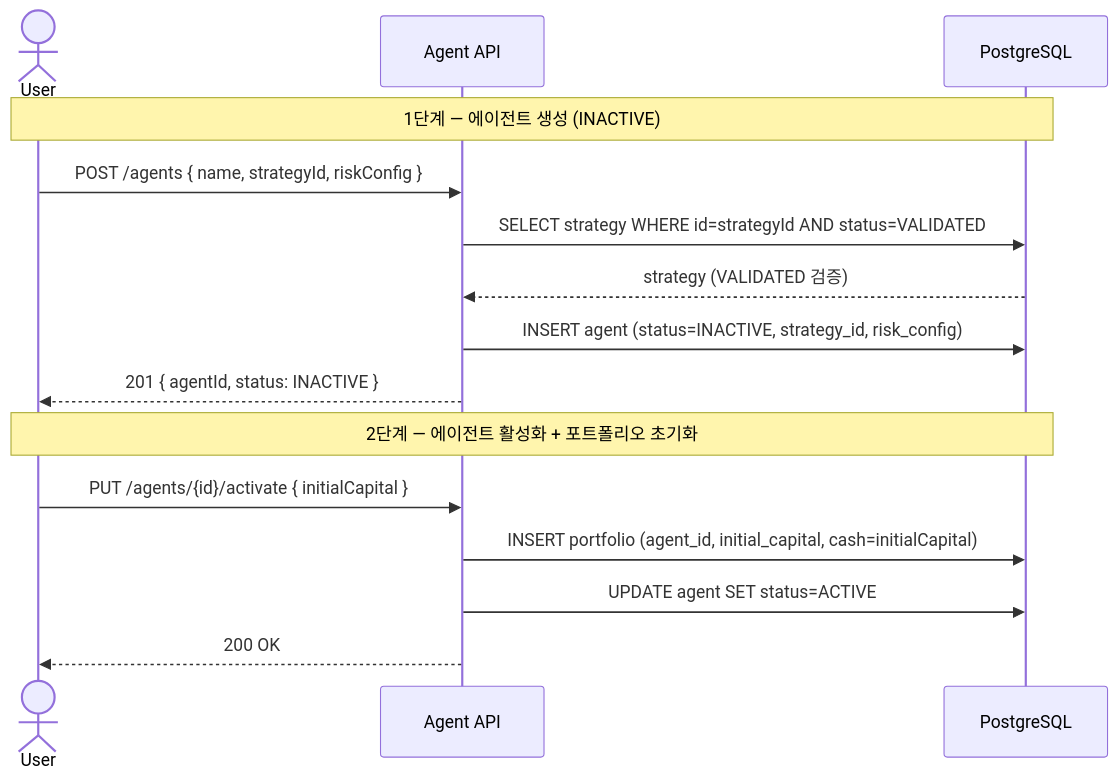
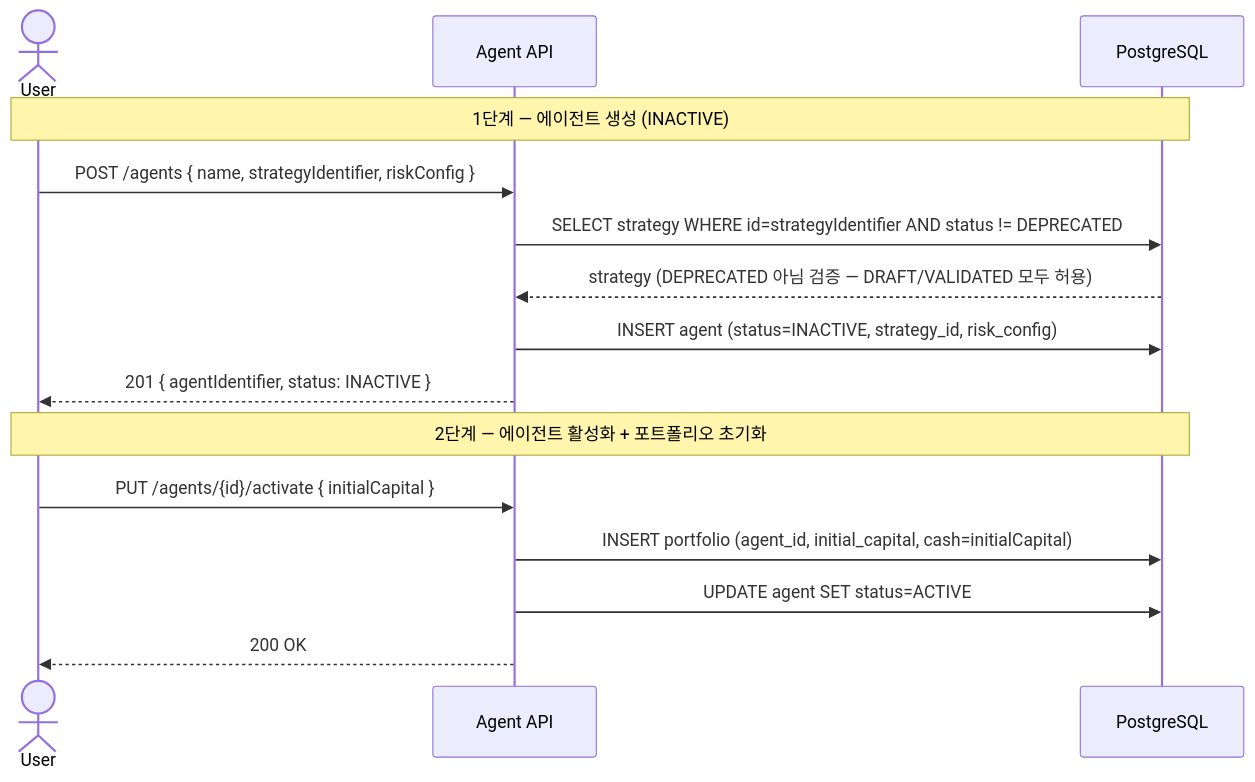
The second of 6 diagrams in backend/agent/sequence-diagram.md (Trade-Pilot/.github), drawn with Mermaid before and after one commit. The commit also changed other lines of this file and 17 other files, not shown here.

````diff
--- a/backend/agent/sequence-diagram.md
+++ b/backend/agent/sequence-diagram.md
@@ -27,19 +27,19 @@
 ```mermaid
 sequenceDiagram
     actor User
     participant API as Agent API
     participant DB  as PostgreSQL
 
     Note over User, DB: 1단계 — 에이전트 생성 (INACTIVE)
-    User ->> API: POST /agents { name, strategyId, riskConfig }
-    API  ->> DB:  SELECT strategy WHERE id=strategyId AND status=VALIDATED
-    DB  -->> API: strategy (VALIDATED 검증)
+    User ->> API: POST /agents { name, strategyIdentifier, riskConfig }
+    API  ->> DB:  SELECT strategy WHERE id=strategyIdentifier AND status != DEPRECATED
+    DB  -->> API: strategy (DEPRECATED 아님 검증 — DRAFT/VALIDATED 모두 허용)
     API  ->> DB:  INSERT agent (status=INACTIVE, strategy_id, risk_config)
-    API -->> User: 201 { agentId, status: INACTIVE }
+    API -->> User: 201 { agentIdentifier, status: INACTIVE }
 
     Note over User, DB: 2단계 — 에이전트 활성화 + 포트폴리오 초기화
     User ->> API: PUT /agents/{id}/activate { initialCapital }
     API  ->> DB:  INSERT portfolio (agent_id, initial_capital, cash=initialCapital)
     API  ->> DB:  UPDATE agent SET status=ACTIVE
     API -->> User: 200 OK
 ```
````
